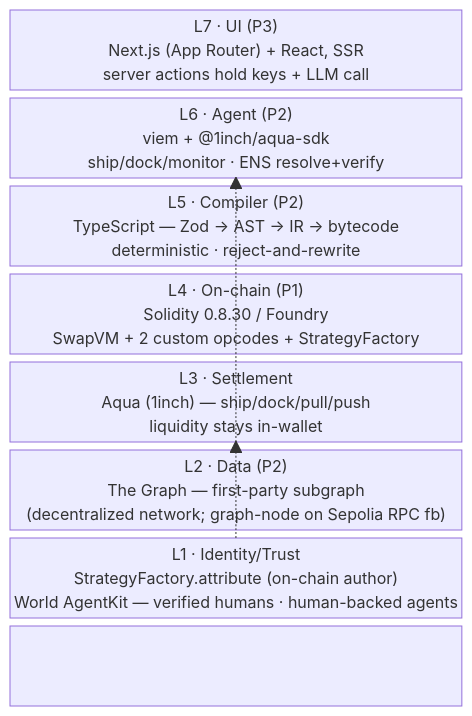
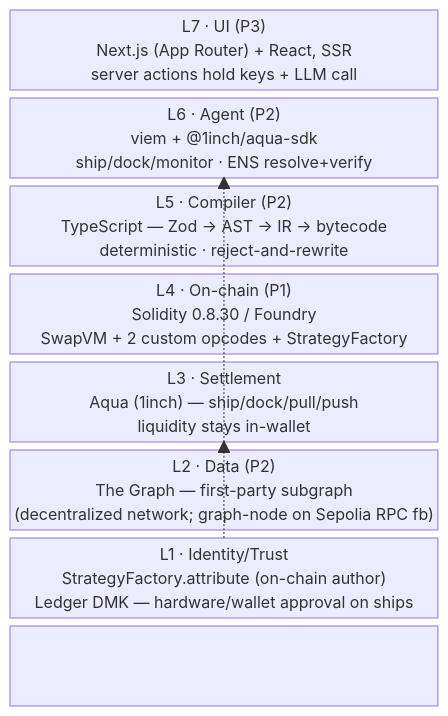
Before and after one commit to ppezzull/wave: the diagram in docs/strategy/TECH-STACK.md, drawn with Mermaid. The commit also changed other lines of this file and 5 other files, not shown here.

Commit message:
docs: third sweep — Ledger replaces World across README, submission, deploy

````diff
--- a/docs/strategy/TECH-STACK.md
+++ b/docs/strategy/TECH-STACK.md
@@ -9,14 +9,14 @@
 ```mermaid
 block-beta
     columns 1
     L7["L7 · UI (P3)\nNext.js (App Router) + React, SSR\nserver actions hold keys + LLM call"]
     L6["L6 · Agent (P2)\nviem + @1inch/aqua-sdk\nship/dock/monitor · ENS resolve+verify"]
     L5["L5 · Compiler (P2)\nTypeScript — Zod → AST → IR → bytecode\ndeterministic · reject-and-rewrite"]
     L4["L4 · On-chain (P1)\nSolidity 0.8.30 / Foundry\nSwapVM + 2 custom opcodes + StrategyFactory"]
     L3["L3 · Settlement\nAqua (1inch) — ship/dock/pull/push\nliquidity stays in-wallet"]
     L2["L2 · Data (P2)\nThe Graph — first-party subgraph\n(decentralized network; graph-node on Sepolia RPC fb)"]
-    L1["L1 · Identity/Trust\nStrategyFactory.attribute (on-chain author)\nWorld AgentKit — verified humans · human-backed agents"]
+    L1["L1 · Identity/Trust\nStrategyFactory.attribute (on-chain author)\nLedger DMK — hardware/wallet approval on ships"]
     L7 --> L6 --> L5 --> L4 --> L3
     L2 -.-> L6
     L1 -.-> L3
 ```
````
